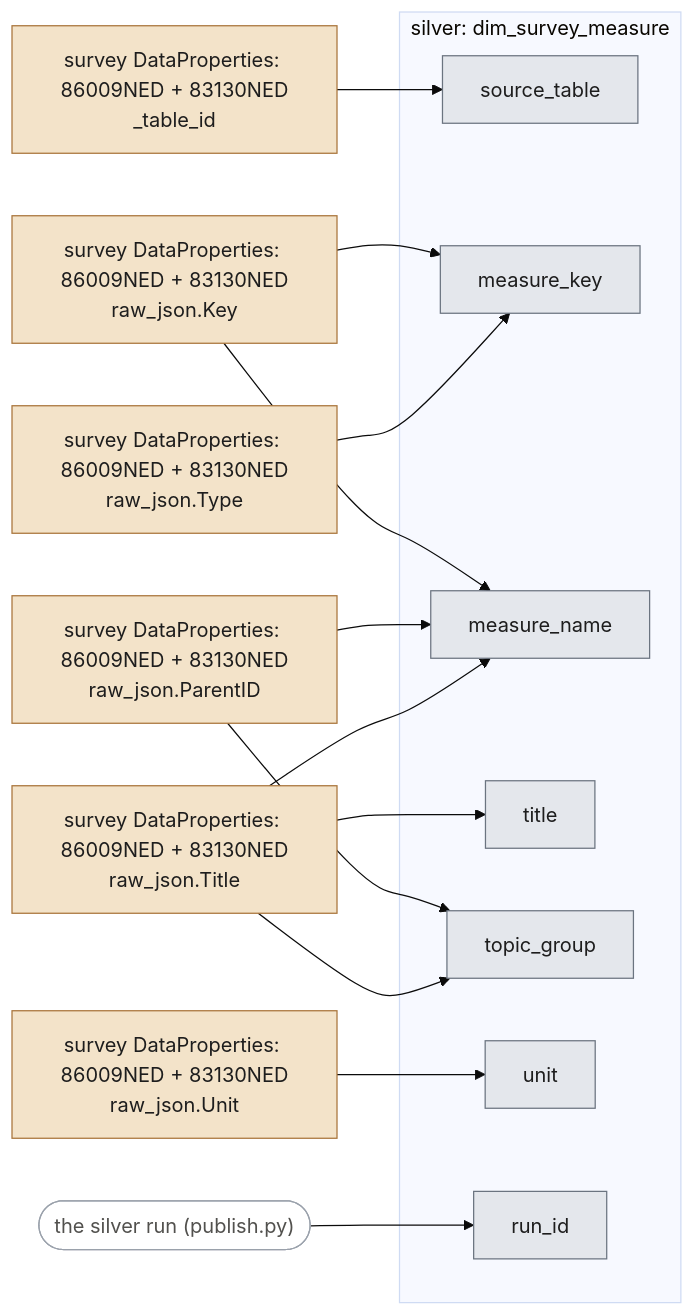
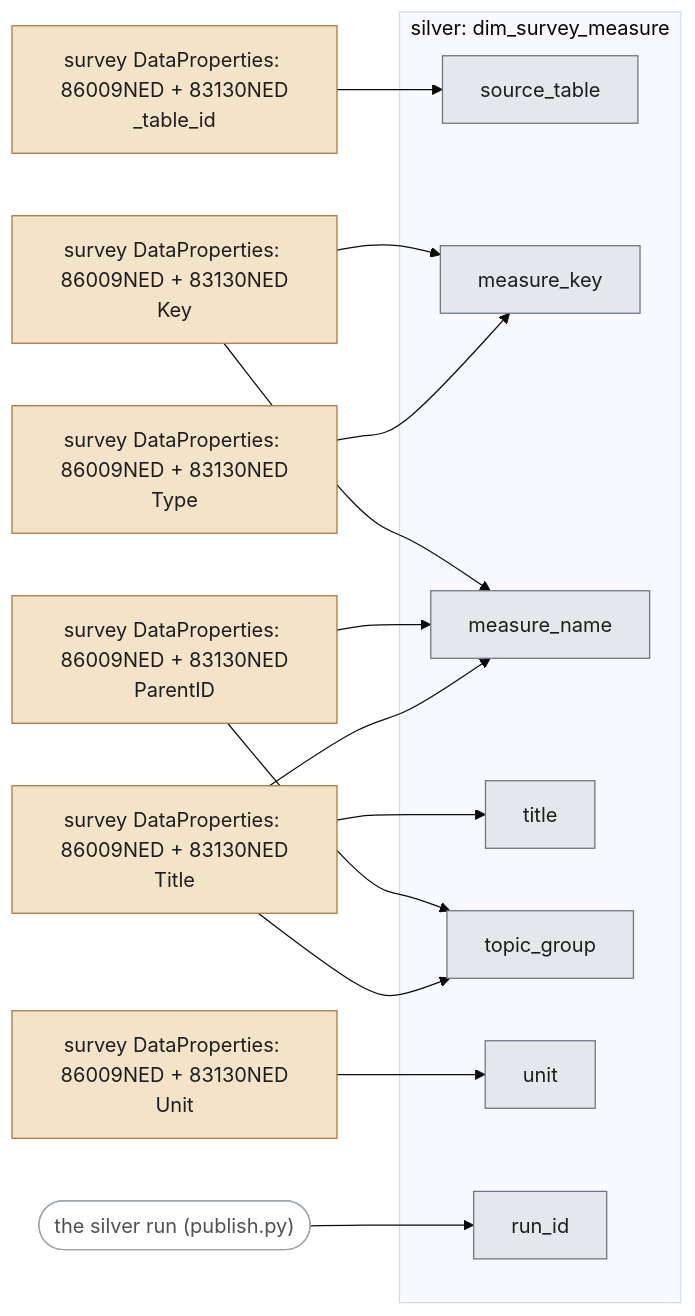
Before and after one commit to stefancodecommit/AOV_Lakehouse: the seventh of 13 diagrams in docs/lineage.md, drawn with Mermaid (base theme). The commit also changed other lines of this file and 12 other files, not shown here.

First line of the commit message:
Structured CBS bronze: a column per field next to raw_json

````diff
--- a/docs/lineage.md
+++ b/docs/lineage.md
@@ -331,34 +331,34 @@
 ```mermaid
 flowchart LR
+  n_src_83130ned_dataproperties_86009ned_dataproperties_Key["survey DataProperties: 86009NED + 83130NED<br/>Key"]:::bronze
+  n_src_83130ned_dataproperties_86009ned_dataproperties_ParentID["survey DataProperties: 86009NED + 83130NED<br/>ParentID"]:::bronze
+  n_src_83130ned_dataproperties_86009ned_dataproperties_Title["survey DataProperties: 86009NED + 83130NED<br/>Title"]:::bronze
+  n_src_83130ned_dataproperties_86009ned_dataproperties_Type["survey DataProperties: 86009NED + 83130NED<br/>Type"]:::bronze
+  n_src_83130ned_dataproperties_86009ned_dataproperties_Unit["survey DataProperties: 86009NED + 83130NED<br/>Unit"]:::bronze
   n_src_83130ned_dataproperties_86009ned_dataproperties__table_id["survey DataProperties: 86009NED + 83130NED<br/>_table_id"]:::bronze
-  n_src_83130ned_dataproperties_86009ned_dataproperties_raw_json_Key["survey DataProperties: 86009NED + 83130NED<br/>raw_json.Key"]:::bronze
-  n_src_83130ned_dataproperties_86009ned_dataproperties_raw_json_ParentID["survey DataProperties: 86009NED + 83130NED<br/>raw_json.ParentID"]:::bronze
-  n_src_83130ned_dataproperties_86009ned_dataproperties_raw_json_Title["survey DataProperties: 86009NED + 83130NED<br/>raw_json.Title"]:::bronze
-  n_src_83130ned_dataproperties_86009ned_dataproperties_raw_json_Type["survey DataProperties: 86009NED + 83130NED<br/>raw_json.Type"]:::bronze
-  n_src_83130ned_dataproperties_86009ned_dataproperties_raw_json_Unit["survey DataProperties: 86009NED + 83130NED<br/>raw_json.Unit"]:::bronze
   run(["the silver run (publish.py)"]):::run
   subgraph n_tbl_dim_survey_measure["silver: dim_survey_measure"]
     n_col_source_table["source_table"]:::silver
     n_col_measure_key["measure_key"]:::silver
     n_col_measure_name["measure_name"]:::silver
     n_col_title["title"]:::silver
     n_col_topic_group["topic_group"]:::silver
     n_col_unit["unit"]:::silver
     n_col_run_id["run_id"]:::silver
   end
   n_src_83130ned_dataproperties_86009ned_dataproperties__table_id --> n_col_source_table
-  n_src_83130ned_dataproperties_86009ned_dataproperties_raw_json_Key --> n_col_measure_key
-  n_src_83130ned_dataproperties_86009ned_dataproperties_raw_json_Type --> n_col_measure_key
-  n_src_83130ned_dataproperties_86009ned_dataproperties_raw_json_Key --> n_col_measure_name
-  n_src_83130ned_dataproperties_86009ned_dataproperties_raw_json_ParentID --> n_col_measure_name
-  n_src_83130ned_dataproperties_86009ned_dataproperties_raw_json_Title --> n_col_measure_name
-  n_src_83130ned_dataproperties_86009ned_dataproperties_raw_json_Title --> n_col_title
-  n_src_83130ned_dataproperties_86009ned_dataproperties_raw_json_ParentID --> n_col_topic_group
-  n_src_83130ned_dataproperties_86009ned_dataproperties_raw_json_Title --> n_col_topic_group
-  n_src_83130ned_dataproperties_86009ned_dataproperties_raw_json_Unit --> n_col_unit
+  n_src_83130ned_dataproperties_86009ned_dataproperties_Key --> n_col_measure_key
+  n_src_83130ned_dataproperties_86009ned_dataproperties_Type --> n_col_measure_key
+  n_src_83130ned_dataproperties_86009ned_dataproperties_Key --> n_col_measure_name
+  n_src_83130ned_dataproperties_86009ned_dataproperties_ParentID --> n_col_measure_name
+  n_src_83130ned_dataproperties_86009ned_dataproperties_Title --> n_col_measure_name
+  n_src_83130ned_dataproperties_86009ned_dataproperties_Title --> n_col_title
+  n_src_83130ned_dataproperties_86009ned_dataproperties_ParentID --> n_col_topic_group
+  n_src_83130ned_dataproperties_86009ned_dataproperties_Title --> n_col_topic_group
+  n_src_83130ned_dataproperties_86009ned_dataproperties_Unit --> n_col_unit
   run --> n_col_run_id
   classDef bronze fill:#f3e3c9,stroke:#a8743a,color:#1d1d1d
   classDef silver fill:#e4e7ec,stroke:#6b7480,color:#1d1d1d
   classDef silverref fill:#f2f3f5,stroke:#9aa1ab,stroke-dasharray:4 3,color:#1d1d1d
   classDef run fill:#ffffff,stroke:#9aa1ab,color:#52514e
 ```
````
